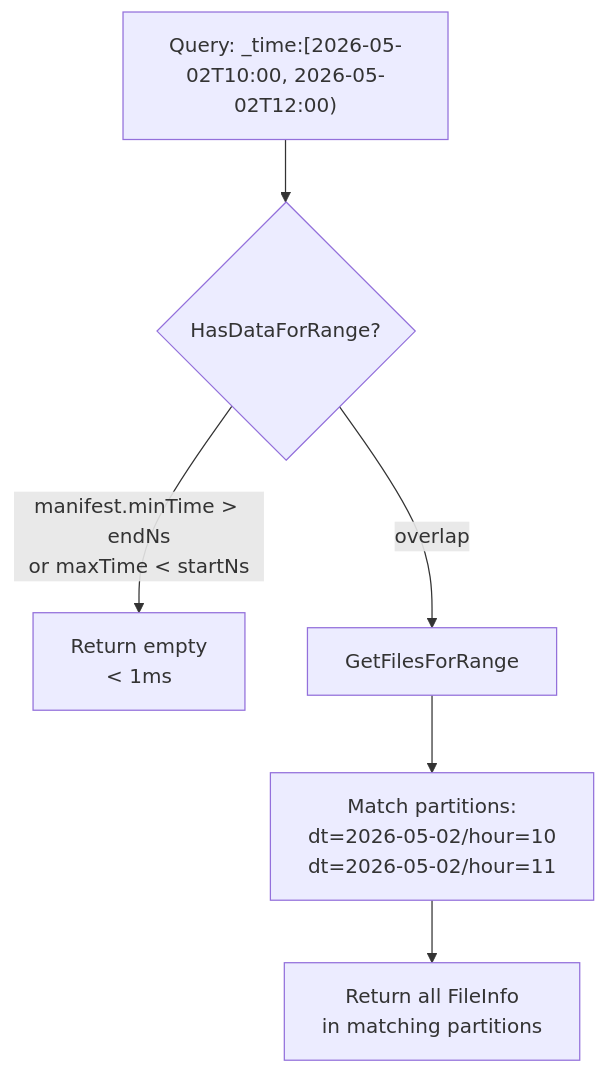
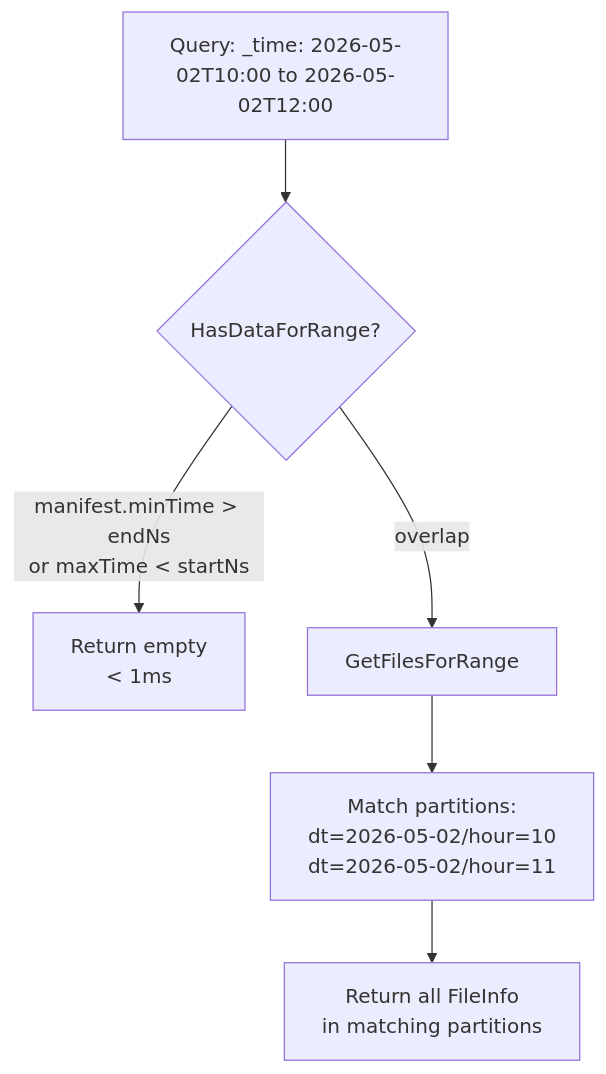
The ninth of 17 diagrams in docs/storage-flow.md (ReliablyObserve/victoria-lakehouse), drawn with Mermaid before and after one commit. The commit also changed other lines of this file and 84 other files, not shown here.

````diff
--- a/docs/storage-flow.md
+++ b/docs/storage-flow.md
@@ -259,9 +259,9 @@
 ```mermaid
 flowchart TD
-    QUERY["Query: _time:[2026-05-02T10:00, 2026-05-02T12:00)"] 
-    QUERY --> FAST{HasDataForRange?}
+    QUERY["Query: _time: 2026-05-02T10:00 to 2026-05-02T12:00"] 
+    QUERY --> FAST{"HasDataForRange?"}
     FAST -->|manifest.minTime > endNs<br/>or maxTime < startNs| EMPTY[Return empty<br/>< 1ms]
     FAST -->|overlap| RANGE[GetFilesForRange]
     RANGE --> MATCH["Match partitions:<br/>dt=2026-05-02/hour=10<br/>dt=2026-05-02/hour=11"]
     MATCH --> FILES["Return all FileInfo<br/>in matching partitions"]
 ```
````
